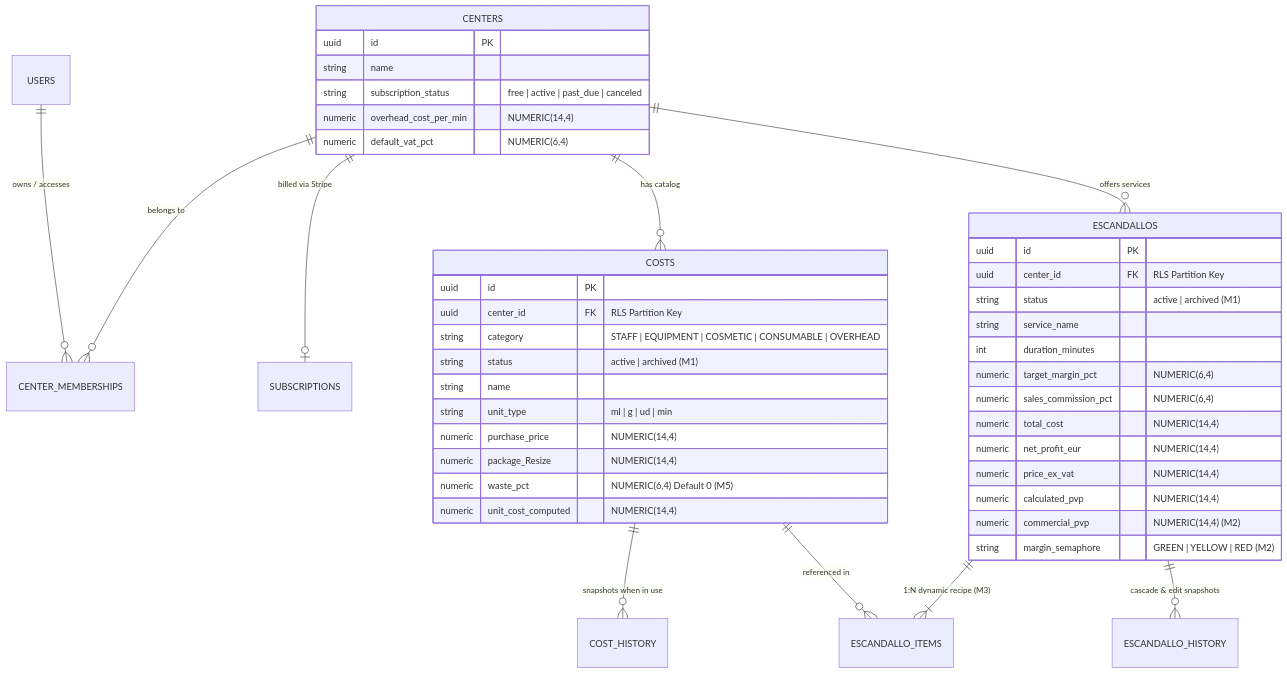
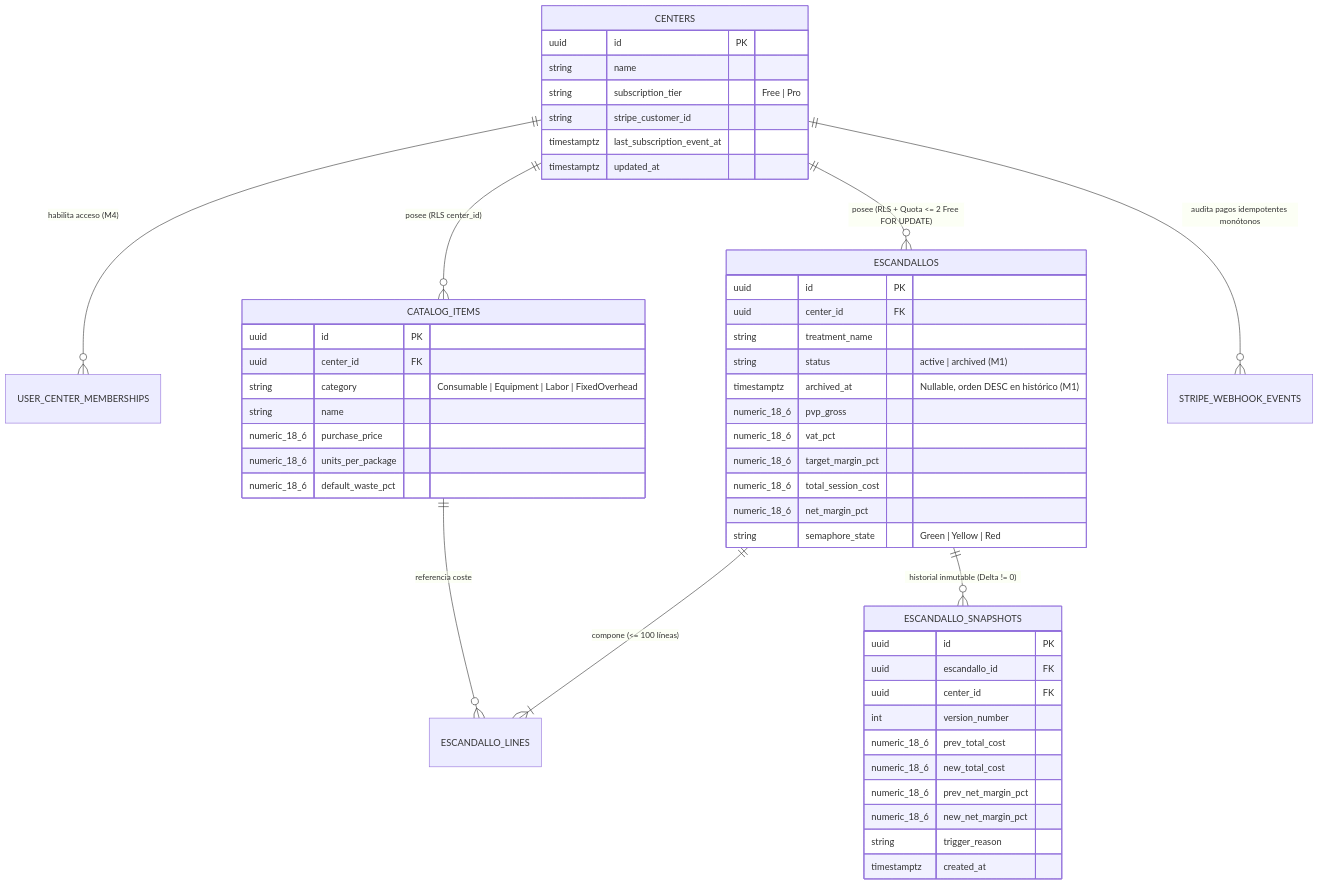
One commit to altromon/Escandallo changed the diagram in specs/architecture/08-cross-cutting-concepts.md. Above: the diagram before and after it, drawn with Mermaid. The commit also changed other lines of this file and 125 other files, not shown here.

````diff
--- a/specs/architecture/08-cross-cutting-concepts.md
+++ b/specs/architecture/08-cross-cutting-concepts.md
@@ -31,47 +53,53 @@
 ```mermaid
 erDiagram
-    USERS ||--o{ CENTER_MEMBERSHIPS : "owns / accesses"
-    CENTERS ||--o{ CENTER_MEMBERSHIPS : "belongs to"
-    CENTERS ||--o| SUBSCRIPTIONS : "billed via Stripe"
-    CENTERS ||--o{ COSTS : "has catalog"
-    COSTS ||--o{ COST_HISTORY : "snapshots when in use"
-    CENTERS ||--o{ ESCANDALLOS : "offers services"
-    ESCANDALLOS ||--|{ ESCANDALLO_ITEMS : "1:N dynamic recipe (M3)"
-    COSTS ||--o{ ESCANDALLO_ITEMS : "referenced in"
-    ESCANDALLOS ||--o{ ESCANDALLO_HISTORY : "cascade & edit snapshots"
+    CENTERS ||--o{ USER_CENTER_MEMBERSHIPS : "habilita acceso (M4)"
+    CENTERS ||--o{ CATALOG_ITEMS : "posee (RLS center_id)"
+    CENTERS ||--o{ ESCANDALLOS : "posee (RLS + Quota <= 2 Free FOR UPDATE)"
+    ESCANDALLOS ||--|{ ESCANDALLO_LINES : "compone (<= 100 líneas)"
+    CATALOG_ITEMS ||--o{ ESCANDALLO_LINES : "referencia coste"
+    ESCANDALLOS ||--o{ ESCANDALLO_SNAPSHOTS : "historial inmutable (Delta != 0)"
+    CENTERS ||--o{ STRIPE_WEBHOOK_EVENTS : "audita pagos idempotentes monótonos"
 
     CENTERS {
         uuid id PK
         string name
-        string subscription_status "free | active | past_due | canceled"
-        numeric overhead_cost_per_min "NUMERIC(14,4)"
-        numeric default_vat_pct "NUMERIC(6,4)"
+        string subscription_tier "Free | Pro"
+        string stripe_customer_id
+        timestamptz last_subscription_event_at
+        timestamptz updated_at
     }
-    COSTS {
+    CATALOG_ITEMS {
         uuid id PK
-        uuid center_id FK "RLS Partition Key"
-        string category "STAFF | EQUIPMENT | COSMETIC | CONSUMABLE | OVERHEAD"
-        string status "active | archived (M1)"
+        uuid center_id FK
+        string category "Consumable | Equipment | Labor | FixedOverhead"
         string name
-        string unit_type "ml | g | ud | min"
-        numeric purchase_price "NUMERIC(14,4)"
-        numeric package_Resize "NUMERIC(14,4)"
-        numeric waste_pct "NUMERIC(6,4) Default 0 (M5)"
-        numeric unit_cost_computed "NUMERIC(14,4)"
+        numeric_18_6 purchase_price
+        numeric_18_6 units_per_package
+        numeric_18_6 default_waste_pct
     }
     ESCANDALLOS {
         uuid id PK
-        uuid center_id FK "RLS Partition Key"
+        uuid center_id FK
+        string treatment_name
         string status "active | archived (M1)"
-        string service_name
-        int duration_minutes
-        numeric target_margin_pct "NUMERIC(6,4)"
-        numeric sales_commission_pct "NUMERIC(6,4)"
-        numeric total_cost "NUMERIC(14,4)"
-        numeric net_profit_eur "NUMERIC(14,4)"
-        numeric price_ex_vat "NUMERIC(14,4)"
-        numeric calculated_pvp "NUMERIC(14,4)"
-        numeric commercial_pvp "NUMERIC(14,4) (M2)"
-        string margin_semaphore "GREEN | YELLOW | RED (M2)"
+        timestamptz archived_at "Nullable, orden DESC en histórico (M1)"
+        numeric_18_6 pvp_gross
+        numeric_18_6 vat_pct
+        numeric_18_6 target_margin_pct
+        numeric_18_6 total_session_cost
+        numeric_18_6 net_margin_pct
+        string semaphore_state "Green | Yellow | Red"
+    }
+    ESCANDALLO_SNAPSHOTS {
+        uuid id PK
+        uuid escandallo_id FK
+        uuid center_id FK
+        int version_number
+        numeric_18_6 prev_total_cost
+        numeric_18_6 new_total_cost
+        numeric_18_6 prev_net_margin_pct
+        numeric_18_6 new_net_margin_pct
+        string trigger_reason
+        timestamptz created_at
     }
 ```
````
